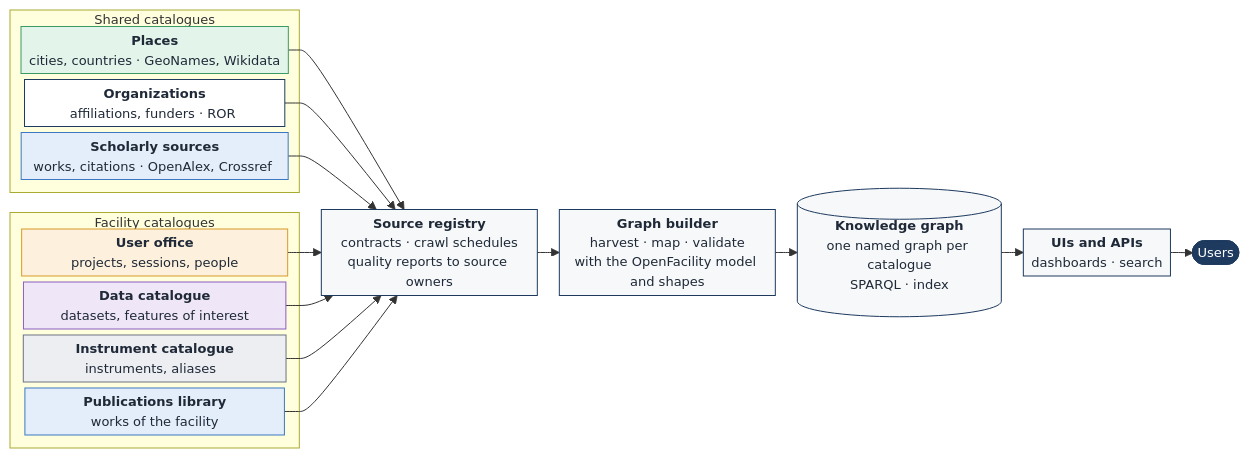
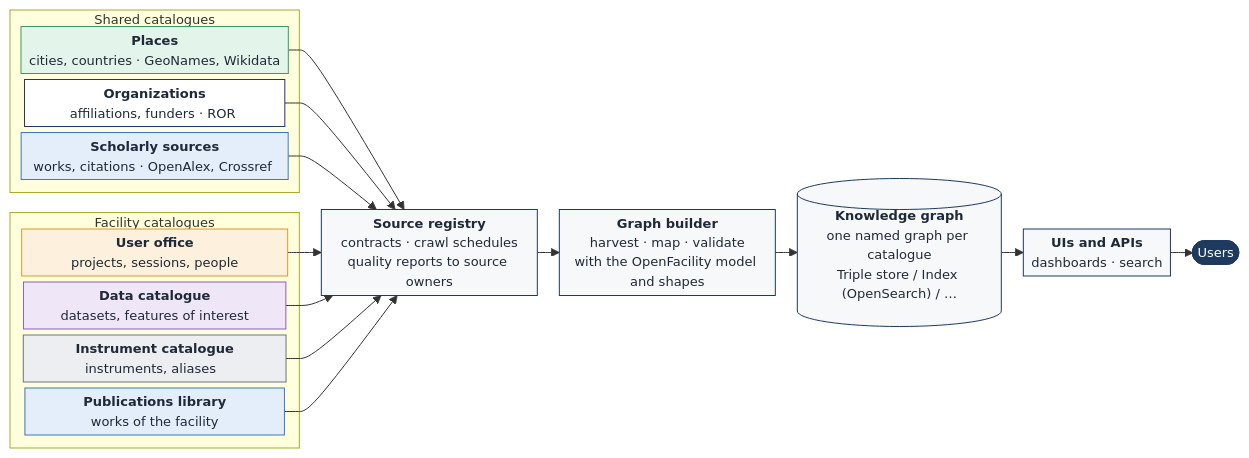
The third of 5 diagrams in profile/README.md (openfacility/.github), drawn with Mermaid before and after one commit.

Commit message:
Knowledge graph box: triple store, OpenSearch index

````diff
--- a/profile/README.md
+++ b/profile/README.md
@@ -75,41 +75,41 @@
 ```mermaid
 %%{init: {"themeVariables": {"fontSize": "13px"}, "flowchart": {"nodeSpacing": 6, "rankSpacing": 22, "padding": 4, "diagramPadding": 4}}}%%
 flowchart LR
   subgraph shr["Shared catalogues"]
     pl["<b>Places</b><br/>cities,#nbsp;countries#nbsp;·#nbsp;GeoNames,#nbsp;Wikidata"]
     og["<b>Organizations</b><br/>#nbsp;#nbsp;#nbsp;#nbsp;#nbsp;#nbsp;#nbsp;#nbsp;#nbsp;affiliations,#nbsp;funders#nbsp;·#nbsp;ROR#nbsp;#nbsp;#nbsp;#nbsp;#nbsp;#nbsp;#nbsp;#nbsp;#nbsp;#nbsp;"]
     ext["<b>Scholarly#nbsp;sources</b><br/>#nbsp;works,#nbsp;citations#nbsp;·#nbsp;OpenAlex,#nbsp;Crossref#nbsp;#nbsp;"]
   end
   subgraph fac["Facility catalogues"]
     uo["<b>User#nbsp;office</b><br/>#nbsp;#nbsp;#nbsp;#nbsp;#nbsp;#nbsp;#nbsp;#nbsp;#nbsp;#nbsp;projects,#nbsp;sessions,#nbsp;people#nbsp;#nbsp;#nbsp;#nbsp;#nbsp;#nbsp;#nbsp;#nbsp;#nbsp;#nbsp;"]
     dc["<b>Data#nbsp;catalogue</b><br/>#nbsp;#nbsp;#nbsp;#nbsp;#nbsp;#nbsp;#nbsp;datasets,#nbsp;features#nbsp;of#nbsp;interest#nbsp;#nbsp;#nbsp;#nbsp;#nbsp;#nbsp;#nbsp;"]
     ic["<b>Instrument#nbsp;catalogue</b><br/>#nbsp;#nbsp;#nbsp;#nbsp;#nbsp;#nbsp;#nbsp;#nbsp;#nbsp;#nbsp;#nbsp;#nbsp;#nbsp;instruments,#nbsp;aliases#nbsp;#nbsp;#nbsp;#nbsp;#nbsp;#nbsp;#nbsp;#nbsp;#nbsp;#nbsp;#nbsp;#nbsp;#nbsp;#nbsp;#nbsp;"]
     lib["<b>Publications#nbsp;library</b><br/>#nbsp;#nbsp;#nbsp;#nbsp;#nbsp;#nbsp;#nbsp;#nbsp;#nbsp;#nbsp;#nbsp;#nbsp;#nbsp;#nbsp;works#nbsp;of#nbsp;the#nbsp;facility#nbsp;#nbsp;#nbsp;#nbsp;#nbsp;#nbsp;#nbsp;#nbsp;#nbsp;#nbsp;#nbsp;#nbsp;#nbsp;#nbsp;"]
   end
 
   reg["<b>Source registry</b><br/>contracts · crawl schedules<br/>quality reports to source owners"]
   bld["<b>Graph builder</b><br/>harvest · map · validate<br/>with the OpenFacility model and shapes"]
-  kg[("<b>Knowledge graph</b><br/>one named graph per catalogue<br/>SPARQL · index")]
+  kg[("<b>Knowledge graph</b><br/>one named graph per catalogue<br/>Triple store / Index (OpenSearch) / …")]
   ui["<b>UIs and APIs</b><br/>dashboards · search"]
   users(["Users"])
 
   pl & og & ext & uo & dc & ic & lib --> reg
   reg --> bld --> kg --> ui --> users
 
   classDef project fill:#fdf0dc,stroke:#d99a2b,color:#1f2937
   classDef dataset fill:#efe7f7,stroke:#8b5cc4,color:#1f2937
   classDef instrument fill:#eceef2,stroke:#6b7280,color:#1f2937
   classDef publication fill:#e3eefa,stroke:#3b78c4,color:#1f2937
   classDef place fill:#e3f4ea,stroke:#3a9a63,color:#1f2937
   classDef agent fill:#ffffff,stroke:#1e3a5f,color:#1f2937
   classDef comp fill:#f6f8fa,stroke:#1e3a5f,color:#1f2937
   classDef people fill:#1e3a5f,stroke:#1e3a5f,color:#ffffff
   class uo project
   class dc dataset
   class ic instrument
   class lib,ext publication
   class pl place
   class og agent
   class reg,bld,kg,ui comp
   class users people
 ```
````
